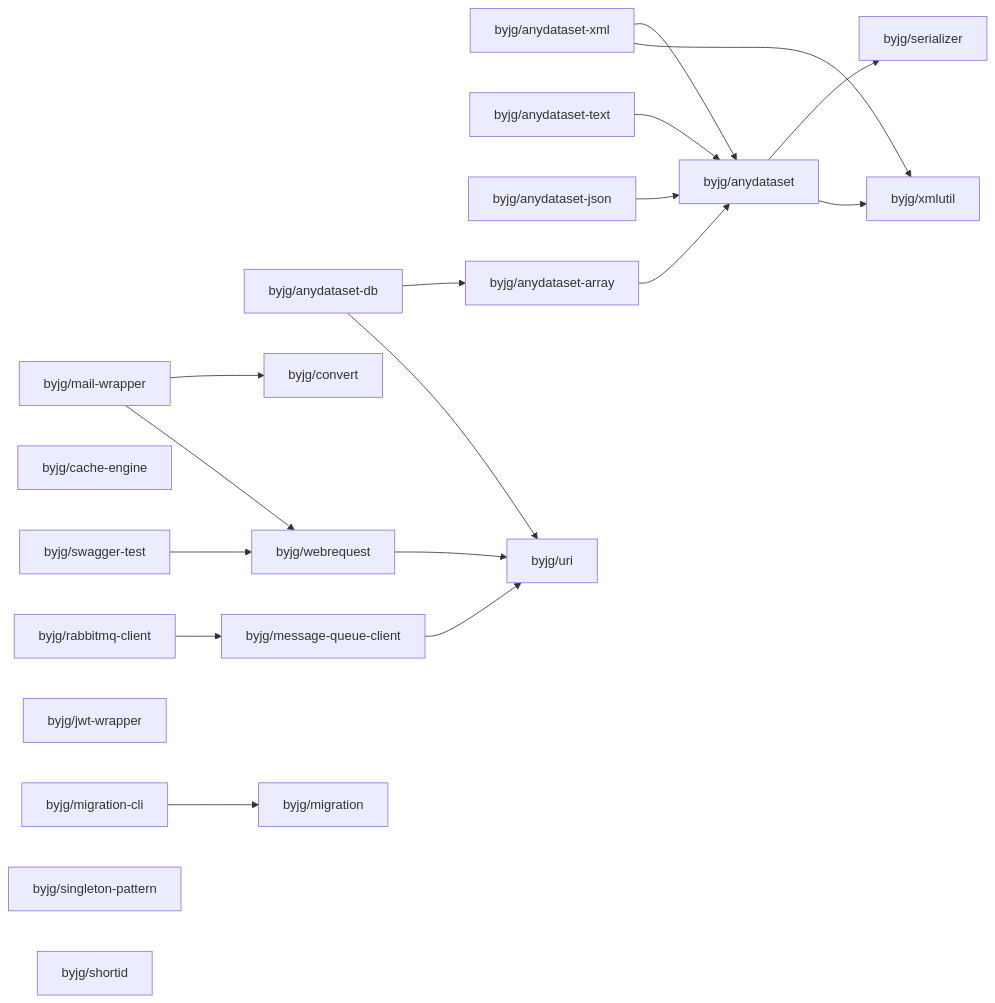
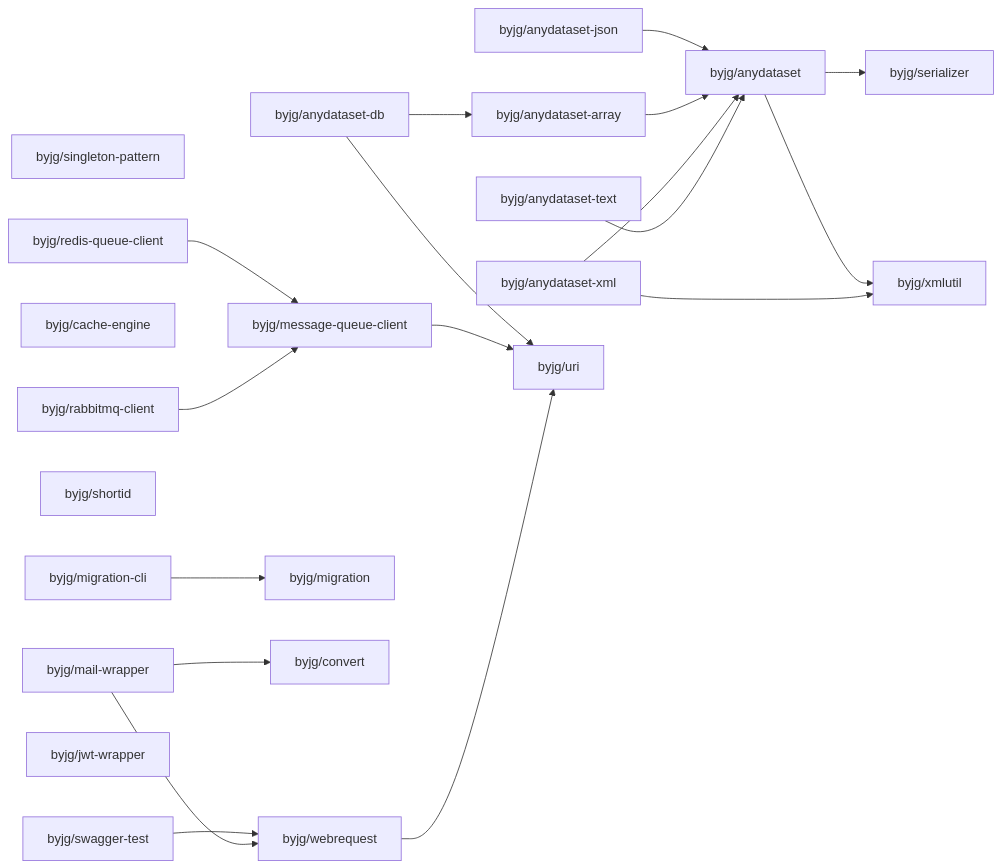
The diagram in php/README.md (byjg/byjg.github.io), drawn with Mermaid before and after one commit. The commit also changed 2 other files, not shown here.

Commit message:
Update documentation 'php' 'php-redis-queue-client'

````diff
--- a/php/README.md
+++ b/php/README.md
@@ -3,40 +3,42 @@
 ```mermaid
 graph LR;
-  byjg/mail-wrapper;
-  byjg/cache-engine;
-  byjg/swagger-test;
-  byjg/rabbitmq-client;
-  byjg/jwt-wrapper;
-  byjg/migration-cli;
-  byjg/singleton-pattern;
   byjg/anydataset-xml;
   byjg/anydataset-text;
+  byjg/singleton-pattern;
+  byjg/redis-queue-client;
+  byjg/cache-engine;
+  byjg/rabbitmq-client;
+  byjg/shortid;
   byjg/anydataset-db;
-  byjg/shortid;
+  byjg/swagger-test;
   byjg/anydataset-json;
+  byjg/migration-cli;
+  byjg/jwt-wrapper;
+  byjg/mail-wrapper;
+  byjg/message-queue-client;
+  byjg/anydataset-array;
+  byjg/migration;
   byjg/convert;
   byjg/webrequest;
-  byjg/message-queue-client;
-  byjg/migration;
-  byjg/anydataset-array;
+  byjg/anydataset;
   byjg/uri;
-  byjg/anydataset;
   byjg/serializer;
   byjg/xmlutil;
   byjg/anydataset-text --> byjg/anydataset;
   byjg/webrequest --> byjg/uri;
   byjg/rabbitmq-client --> byjg/message-queue-client;
   byjg/anydataset-xml --> byjg/anydataset;
   byjg/anydataset-xml --> byjg/xmlutil;
   byjg/anydataset-array --> byjg/anydataset;
   byjg/mail-wrapper --> byjg/convert;
   byjg/mail-wrapper --> byjg/webrequest;
   byjg/message-queue-client --> byjg/uri;
   byjg/anydataset-db --> byjg/anydataset-array;
   byjg/anydataset-db --> byjg/uri;
   byjg/anydataset-json --> byjg/anydataset;
+  byjg/redis-queue-client --> byjg/message-queue-client;
   byjg/swagger-test --> byjg/webrequest;
   byjg/migration-cli --> byjg/migration;
   byjg/anydataset --> byjg/serializer;
   byjg/anydataset --> byjg/xmlutil;
 ```
````
